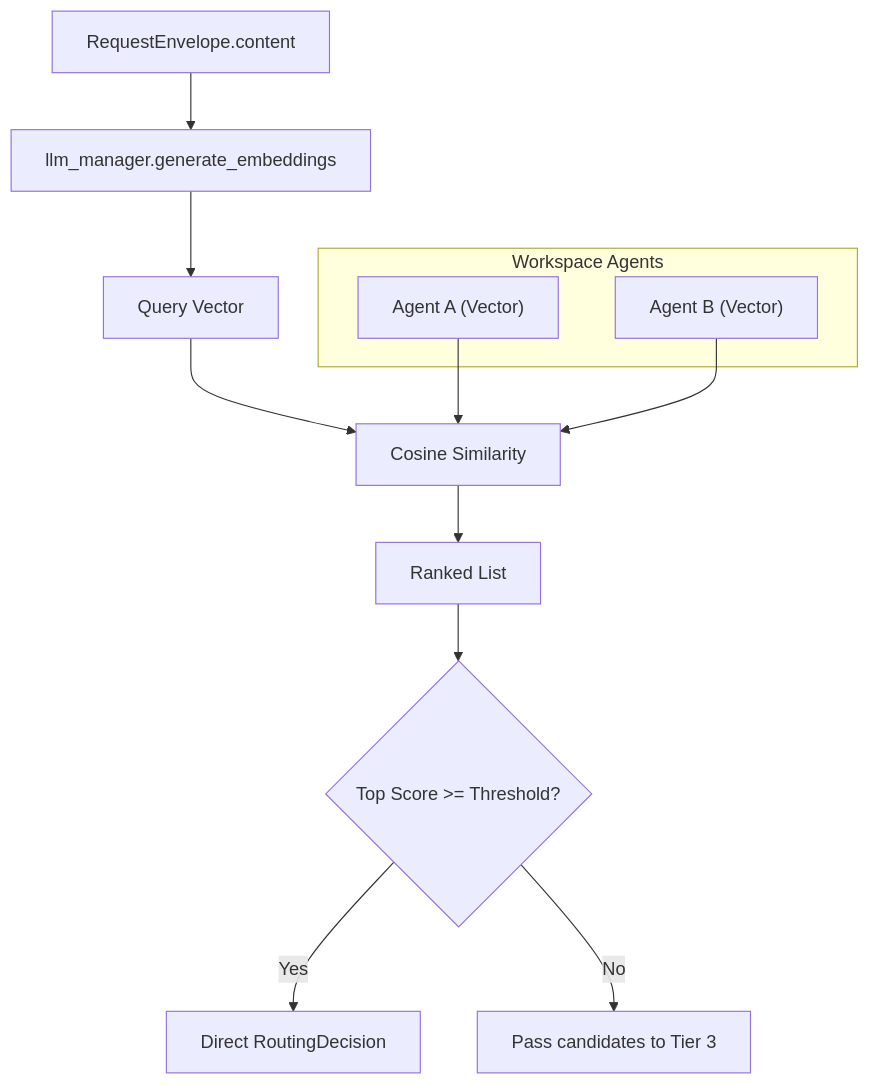
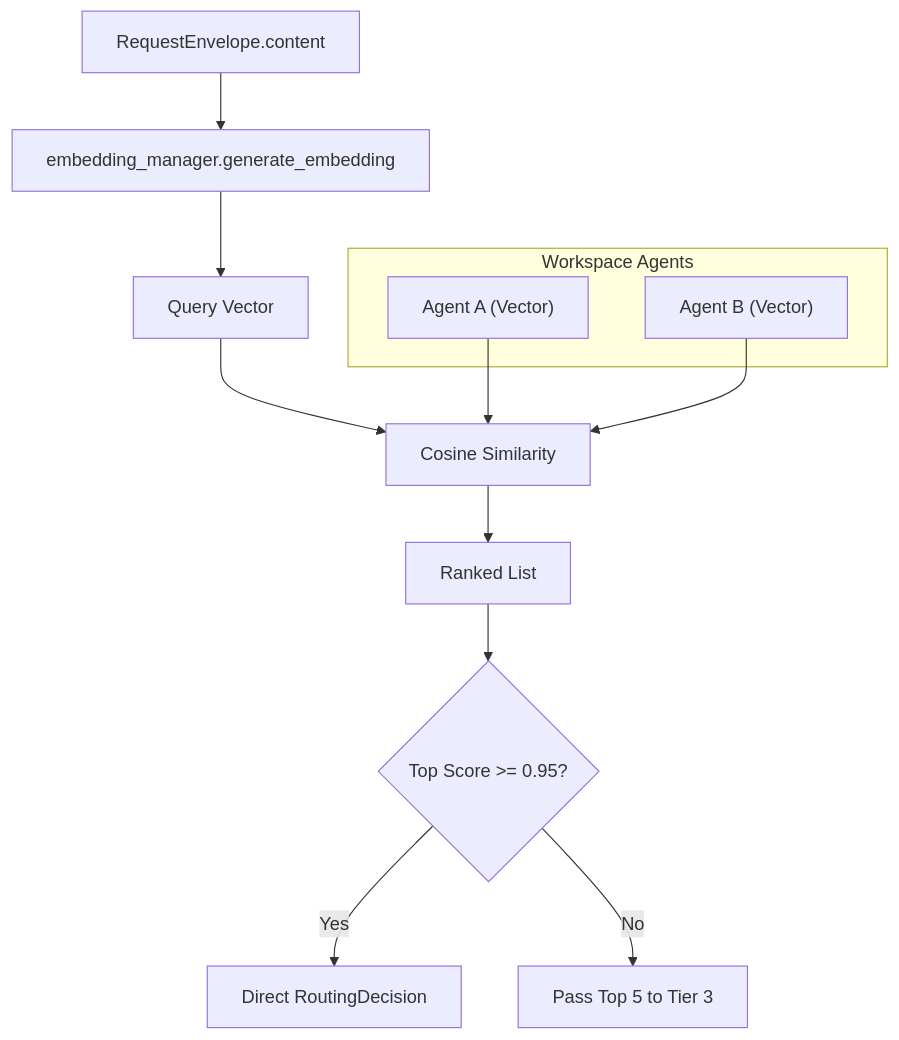
One commit to AutomatosAI/automatos-ai changed the third of 4 diagrams in docs/universal-router/tier-25-semantic-similarity.md. Above: the diagram before and after it, drawn with Mermaid. The commit also changed other lines of this file and 153 other files, not shown here.

````diff
--- a/docs/universal-router/tier-25-semantic-similarity.md
+++ b/docs/universal-router/tier-25-semantic-similarity.md
@@ -136,20 +131,20 @@
 ```mermaid
 flowchart TB
-    Query["RequestEnvelope.content"] --> Embed["llm_manager.generate_embeddings"]
+    Query["RequestEnvelope.content"] --> Embed["embedding_manager.generate_embedding"]
     Embed --> QueryVec["Query Vector"]
     
     subgraph "Workspace Agents"
         A1["Agent A (Vector)"]
         A2["Agent B (Vector)"]
     end
     
     QueryVec --> Sim["Cosine Similarity"]
     A1 --> Sim
     A2 --> Sim
     
     Sim --> Scores["Ranked List"]
     
-    Scores --> Direct{"Top Score >= Threshold?"}
+    Scores --> Direct{"Top Score >= 0.95?"}
     Direct -->|"Yes"| Route["Direct RoutingDecision"]
-    Direct -->|"No"| Candidates["Pass candidates to Tier 3"]
+    Direct -->|"No"| Candidates["Pass Top 5 to Tier 3"]
 ```
````
